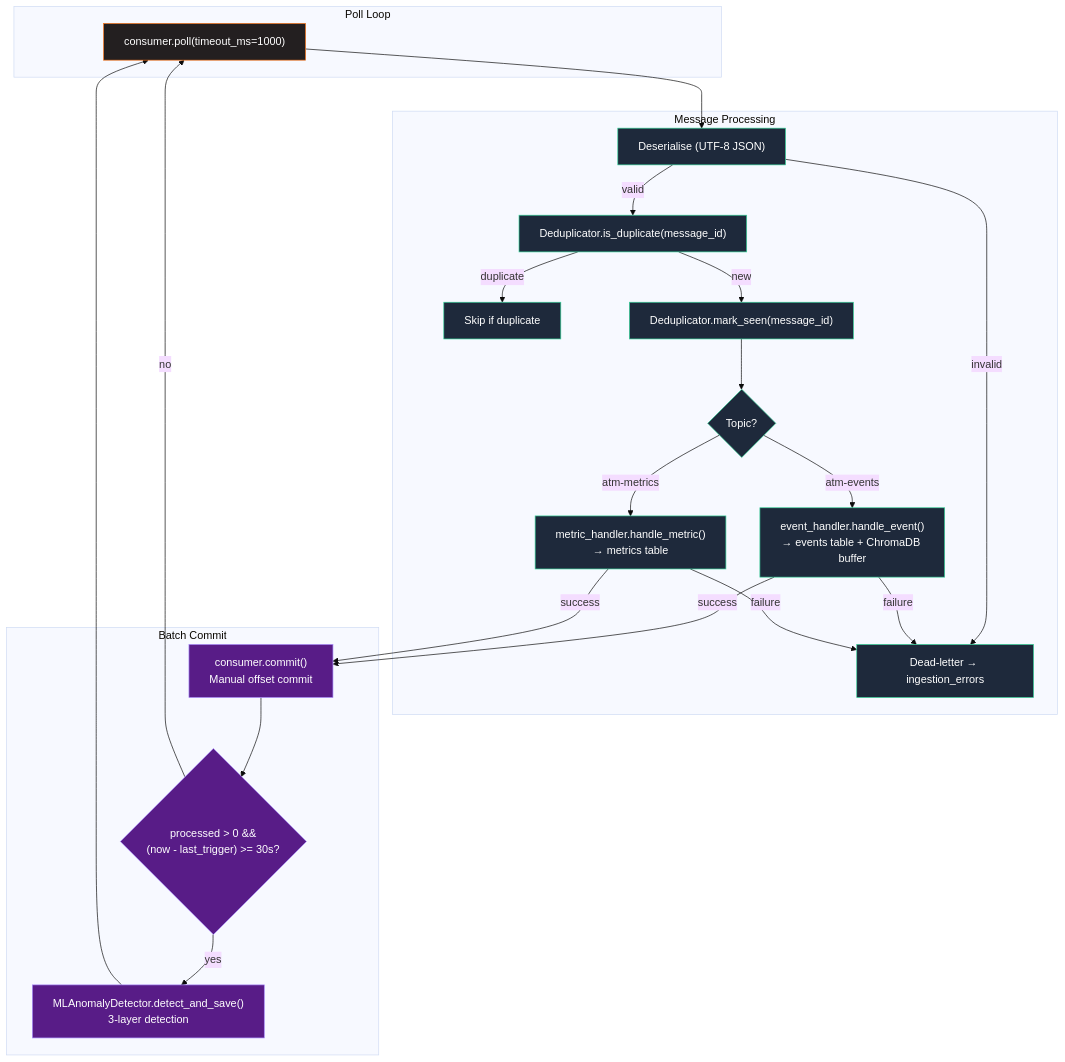
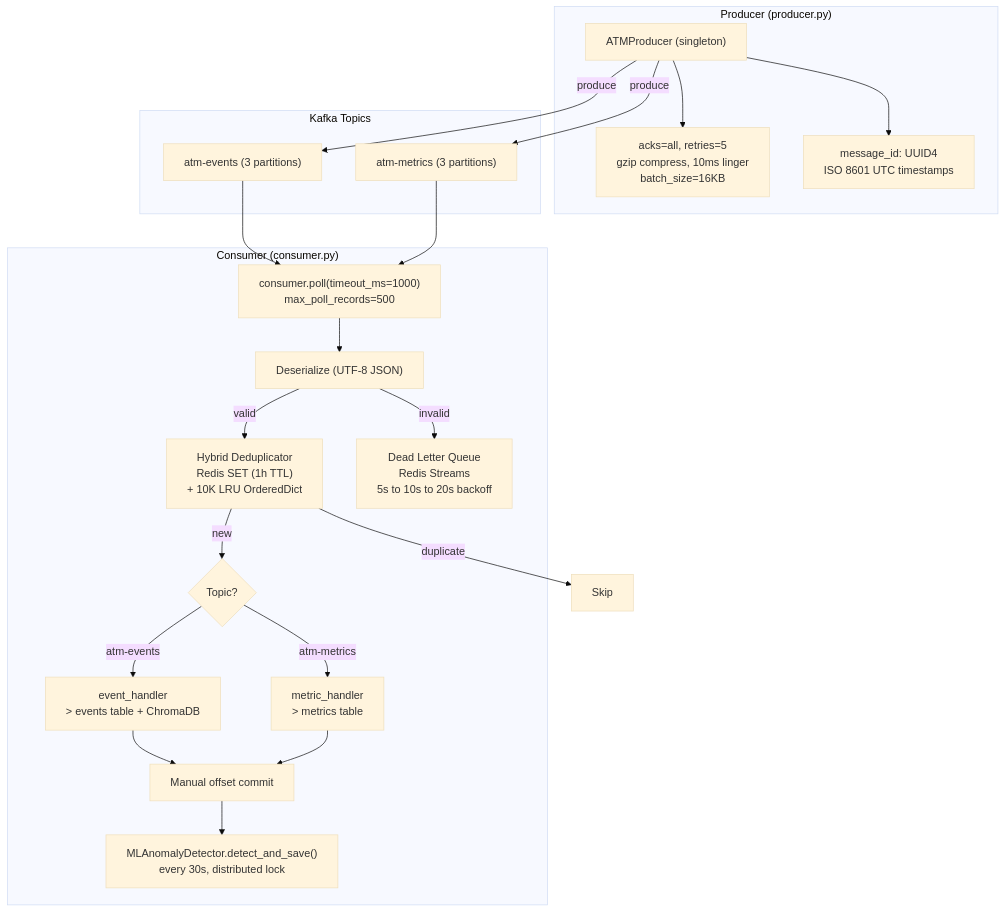
Before and after one commit to AhmedIkram05/laad: the third of 8 diagrams in README.md, drawn with Mermaid (base theme). The commit also changed other lines of this file, not shown here.

````diff
--- a/README.md
+++ b/README.md
@@ -343,48 +315,40 @@
 ```mermaid
 flowchart TD
-  subgraph Poll ["Poll Loop"]
-    P["consumer.poll(timeout_ms=1000)"]
+  subgraph Producer ["Producer (producer.py)"]
+    P["ATMProducer (singleton)"]
+    CONF_P["acks=all, retries=5<br/>gzip compress, 10ms linger<br/>batch_size=16KB"]
+    UUID["message_id: UUID4<br/>ISO 8601 UTC timestamps"]
+    P --> CONF_P
+    P --> UUID
   end
 
-  subgraph Process ["Message Processing"]
-    DES["Deserialise (UTF-8 JSON)"]
-    DED["Deduplicator.is_duplicate(message_id)"]
-    SKIP["Skip if duplicate"]
-    MARK["Deduplicator.mark_seen(message_id)"]
-    ROUTE{"Topic?"}
-    EH["event_handler.handle_event()\n→ events table + ChromaDB buffer"]
-    MH["metric_handler.handle_metric()\n→ metrics table"]
-    DL["Dead-letter → ingestion_errors"]
+  subgraph Topics ["Kafka Topics"]
+    T1["atm-events (3 partitions)"]
+    T2["atm-metrics (3 partitions)"]
   end
 
-  subgraph Commit ["Batch Commit"]
-    COMMIT["consumer.commit()\nManual offset commit"]
-    TRIGGER{"processed > 0 &&\n(now - last_trigger) >= 30s?"}
-    DET["MLAnomalyDetector.detect_and_save()\n3-layer detection"]
+  subgraph Consumer ["Consumer (consumer.py)"]
+    POLL["consumer.poll(timeout_ms=1000)<br/>max_poll_records=500"]
+    DES["Deserialize (UTF-8 JSON)"]
+    DED["Hybrid Deduplicator<br/>Redis SET (1h TTL)<br/>+ 10K LRU OrderedDict"]
+    DLQ["Dead Letter Queue<br/>Redis Streams<br/>5s to 10s to 20s backoff"]
+    ROUTE{"Topic?"}
+    EH["event_handler<br/>> events table + ChromaDB"]
+    MH["metric_handler<br/>> metrics table"]
+    COMMIT["Manual offset commit"]
+    DET["MLAnomalyDetector.detect_and_save()<br/>every 30s, distributed lock"]
   end
 
-  P --> DES
+  P -->|"produce"| T1
+  P -->|"produce"| T2
+  T1 --> POLL
+  T2 --> POLL
+  POLL --> DES
   DES -->|"valid"| DED
-  DES -->|"invalid"| DL
-  DED -->|"duplicate"| SKIP
-  DED -->|"new"| MARK
-  MARK --> ROUTE
-  ROUTE -->|"atm-events"| EH
-  ROUTE -->|"atm-metrics"| MH
-  EH -->|"success"| COMMIT
-  MH -->|"success"| COMMIT
-  EH -->|"failure"| DL
-  MH -->|"failure"| DL
-  COMMIT --> TRIGGER
-  TRIGGER -->|"yes"| DET
-  TRIGGER -->|"no"| P
-  DET --> P
-
-  classDef poll fill:#231f20,stroke:#f97316,color:#ffffff;
-  classDef proc fill:#1e293b,stroke:#34d399,color:#ffffff;
-  classDef commit fill:#581c87,stroke:#a78bfa,color:#ffffff;
-
-  class P poll;
-  class DES,DED,SKIP,MARK,ROUTE,EH,MH,DL proc;
-  class COMMIT,TRIGGER,DET commit;
+  DES -->|"invalid"| DLQ
+  DED -->|"new"| ROUTE
+  DED -->|"duplicate"| SKIP["Skip"]
+  ROUTE -->|"atm-events"| EH --> COMMIT
+  ROUTE -->|"atm-metrics"| MH --> COMMIT
+  COMMIT --> DET
 ```
````
